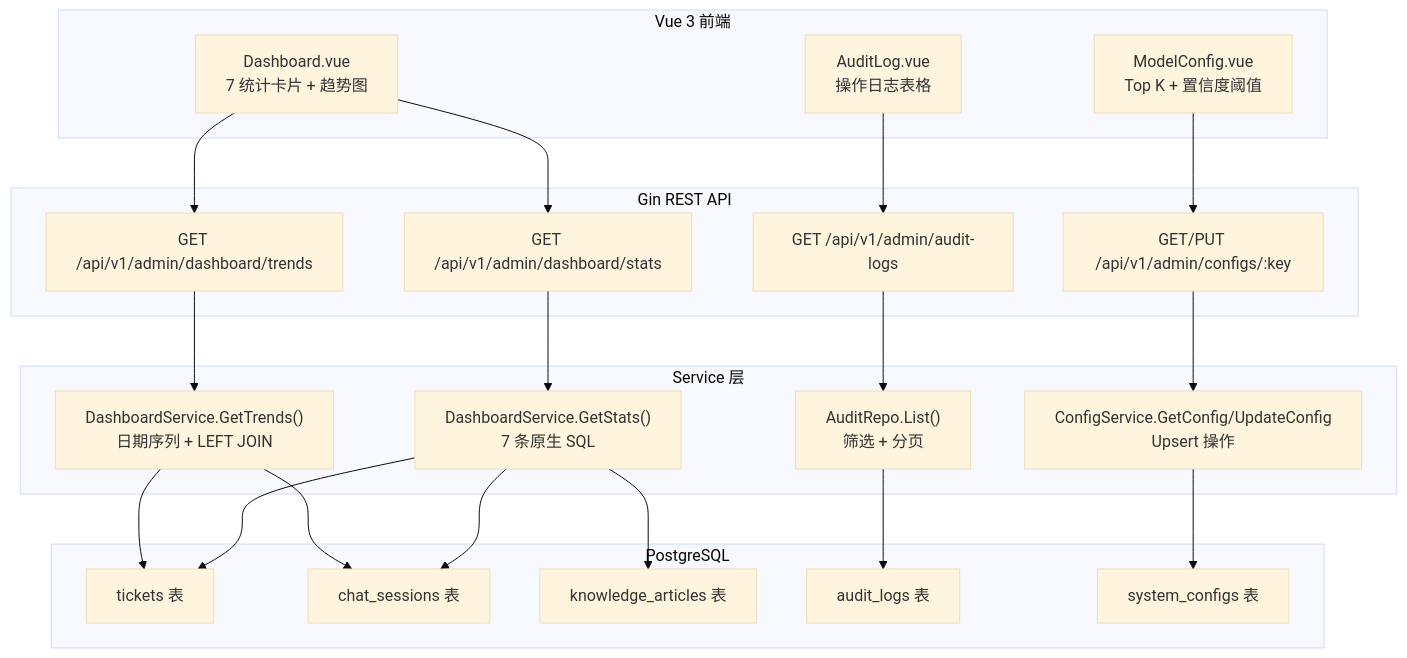
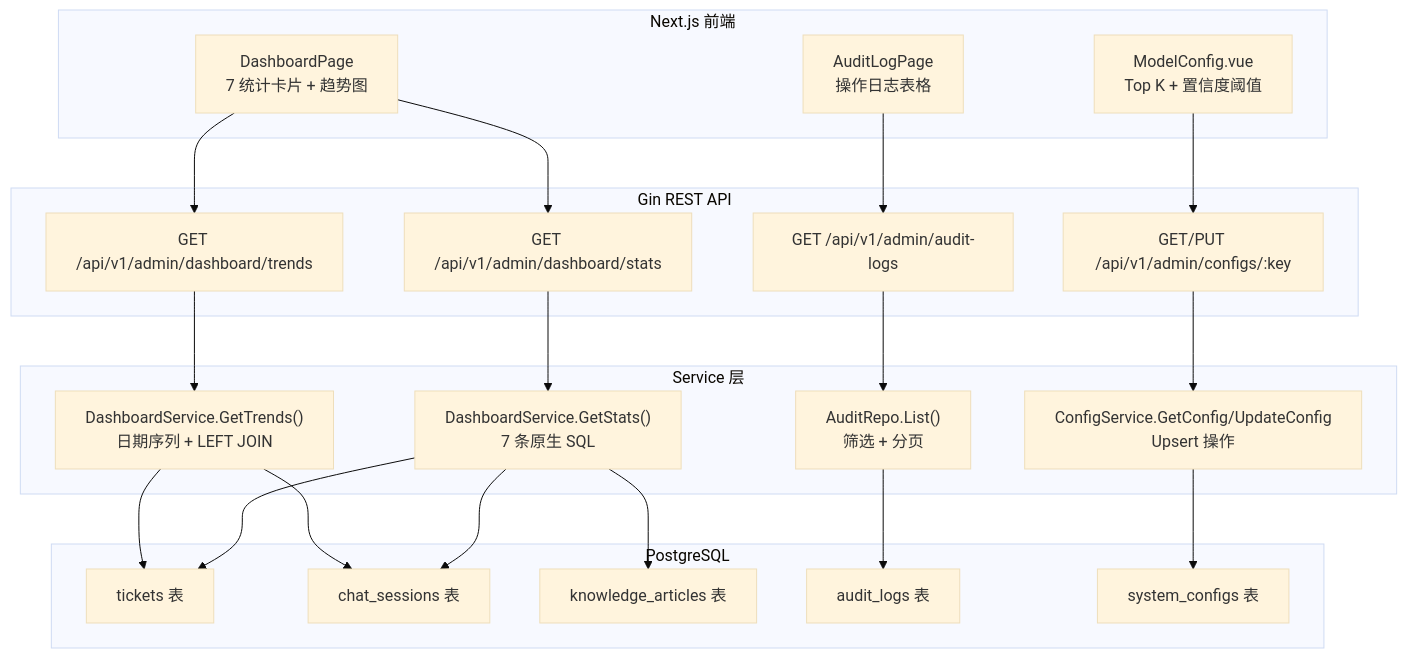
The sixth of 6 diagrams in docs/diagrams/dashboard-audit-flow.md (int2t05/Cognik), drawn with Mermaid (base theme) before and after one commit. The commit also changed 24 other files, not shown here.

````diff
--- a/docs/diagrams/dashboard-audit-flow.md
+++ b/docs/diagrams/dashboard-audit-flow.md
@@ -215,48 +215,48 @@
 ```mermaid
 flowchart TD
-    subgraph Frontend["Vue 3 前端"]
-        Dashboard["Dashboard.vue<br/>7 统计卡片 + 趋势图"]
-        AuditLog["AuditLog.vue<br/>操作日志表格"]
+    subgraph Frontend["Next.js 前端"]
+        Dashboard["DashboardPage<br/>7 统计卡片 + 趋势图"]
+        AuditLog["AuditLogPage<br/>操作日志表格"]
         ModelConfig["ModelConfig.vue<br/>Top K + 置信度阈值"]
     end
     
     subgraph API["Gin REST API"]
         DS2["GET /api/v1/admin/dashboard/stats"]
         DT["GET /api/v1/admin/dashboard/trends"]
         AL2["GET /api/v1/admin/audit-logs"]
         CFG["GET/PUT /api/v1/admin/configs/:key"]
     end
     
     subgraph Service["Service 层"]
         GetStats["DashboardService.GetStats()<br/>7 条原生 SQL"]
         GetTrends["DashboardService.GetTrends()<br/>日期序列 + LEFT JOIN"]
         ListAudit["AuditRepo.List()<br/>筛选 + 分页"]
         ConfigRW["ConfigService.GetConfig/UpdateConfig<br/>Upsert 操作"]
     end
     
     subgraph DB["PostgreSQL"]
         Tickets["tickets 表"]
         Chat["chat_sessions 表"]
         Articles["knowledge_articles 表"]
         Audit["audit_logs 表"]
         Config["system_configs 表"]
     end
     
     Dashboard --> DS2
     Dashboard --> DT
     AuditLog --> AL2
     ModelConfig --> CFG
     
     DS2 --> GetStats
     DT --> GetTrends
     AL2 --> ListAudit
     CFG --> ConfigRW
     
     GetStats --> Tickets
     GetStats --> Chat
     GetStats --> Articles
     GetTrends --> Tickets
     GetTrends --> Chat
     ListAudit --> Audit
     ConfigRW --> Config
 ```
````
